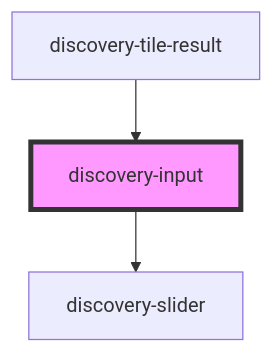
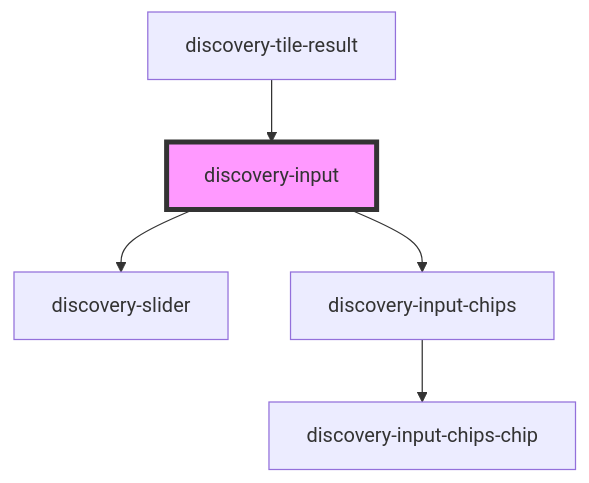
One commit to senx/discovery-widgets changed the diagram in src/components/discovery-input/readme.md. Above: the diagram before and after it, drawn with Mermaid. The commit also changed other lines of this file and 33 other files, not shown here.

````diff
--- a/src/components/discovery-input/readme.md
+++ b/src/components/discovery-input/readme.md
@@ -65,6 +66,8 @@
 ```mermaid
 graph TD;
   discovery-input --> discovery-slider
+  discovery-input --> discovery-input-chips
+  discovery-input-chips --> discovery-input-chips-chip
   discovery-tile-result --> discovery-input
   style discovery-input fill:#f9f,stroke:#333,stroke-width:4px
 ```
````
